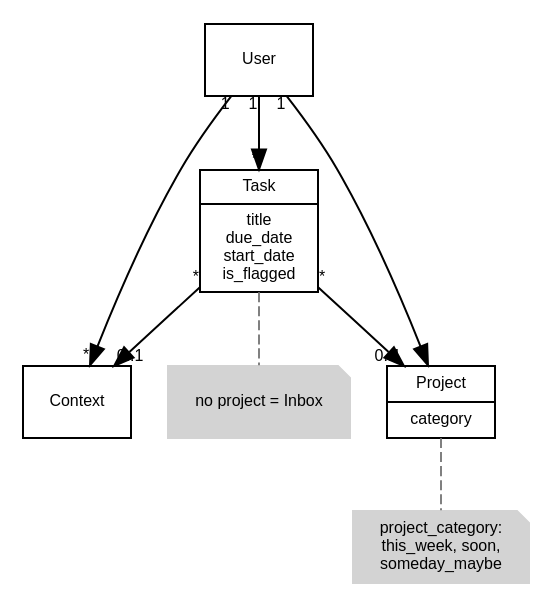
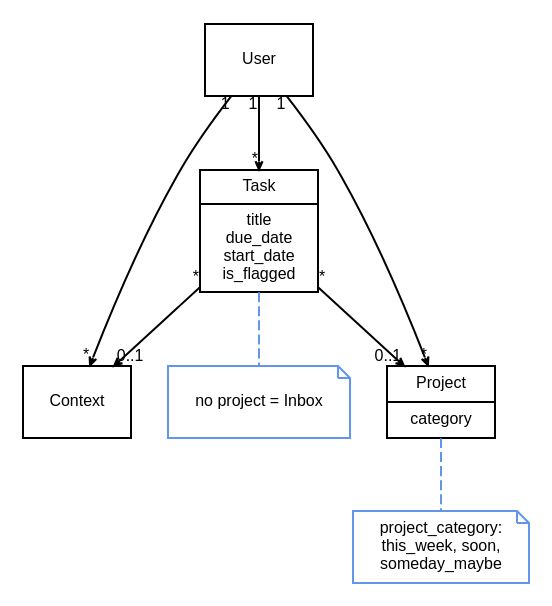
One commit to project-kotinos/braingourmets___gethdo changed the diagram in doc/domain_model/gethdo-domain-model.dot. Above: the diagram before and after it, drawn with Graphviz. The commit also changed 1 other file, not shown here.

```diff
--- a/doc/domain_model/gethdo-domain-model.dot
+++ b/doc/domain_model/gethdo-domain-model.dot
@@ -1,131 +1,135 @@
 // How to generate the SVG file:
 // dot -Tsvg -odoc/domain_model/gethdo-domain-model.svg doc/domain_model/gethdo-domain-model.dot
 digraph GethdoDomainModel {
 
   //
   // Layout basics
   //
 
   fontname = "Bitstream Vera Sans, Arial"
   fontsize = 8
 
   node [
     fontname = "Bitstream Vera Sans, Arial"
     fontsize = 8
     shape = "record"
   ]
 
   edge [
     fontname = "Bitstream Vera Sans, Arial"
     fontsize = 8
   ]
 
 
   //
   // Entities
   //
 
    Context [label = "Context"]
    Project [label = "{Project | category}"]
    Task    [label = "{Task | title\ndue_date\nstart_date\nis_flagged}"]
    User    [label = "User"]
 
 
   //
   // Relations without labels
   //
 
   edge [
     label = ""
     arrowtail = ""
     dir = ""
+    arrowhead = "open"
+    arrowsize = .4
   ]
 
   User -> Context [taillabel="1"    headlabel="*"]
   User -> Project [taillabel="1"    headlabel="*"]
   User -> Task    [taillabel="1"    headlabel="*"]
   Task -> Context [taillabel="*"    headlabel="0..1"]
   Task -> Project [taillabel="*"    headlabel="0..1"]
 
 
   //
   // Relations with labels
   //
 
   edge [
     arrowtail = ""
     dir = ""
   ]
 
 
   //
   // Inheritance
   //
 
   edge [
     taillabel = ""
     headlabel = ""
     arrowtail = "empty"
     dir = "back"
     label = ""
+    arrowsize = 1
   ]
 
 
   //
   // Notes
   //
 
   node [
     fontname = "Bitstream Vera Sans, Arial"
     fontsize = 8
     shape = "note"
     style = filled
-    color = lightgrey
+    color = cornflowerblue
+    fillcolor = white
  ]
 
   edge [
     style = dashed
     arrowtail = "none"
     arrowhead = "none"
     label = ""
-    color = grey
+    color = cornflowerblue
   ]
 
   Note_Project [label = "project_category:\nthis_week, soon,\nsomeday_maybe"]
   Project -> Note_Project
 
   Note_Task [label = "no project = Inbox"]
   Task -> Note_Task
 
 
   //
   // Invisible edges to improve the layout
   //
 
   edge [
     style = invis
     label = ""
   ]
 
 
   //
   // Questions
   //
 
   node [
     fontname = "Bitstream Vera Sans, Arial"
     fontsize = 8
     shape = ellipse
     style = filled
     color = orange
   ]
 
   edge [
     style = dashed
     arrowtail = "none"
     arrowhead = "none"
     label = ""
     color = orange
   ]
 
 }
```
